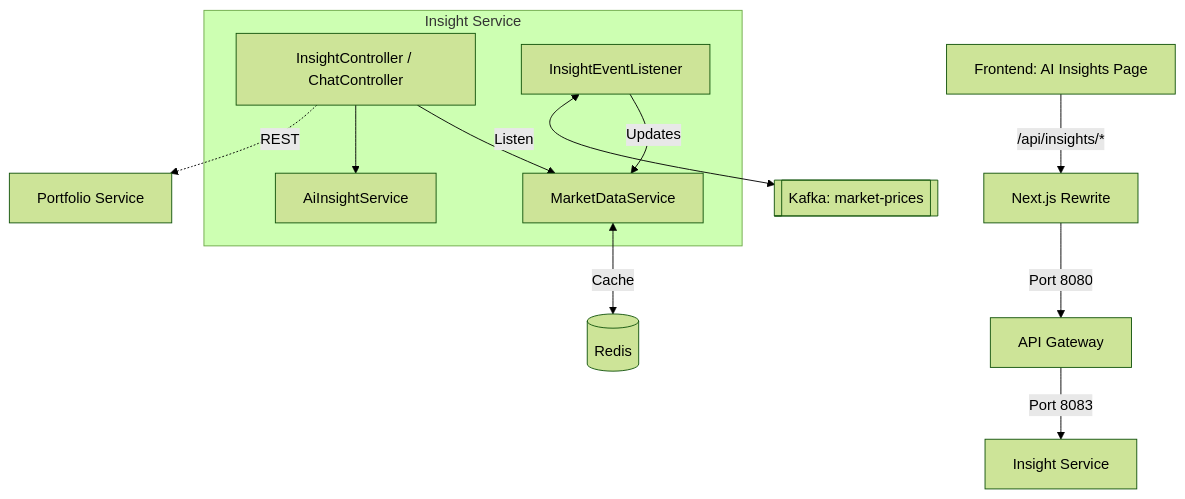
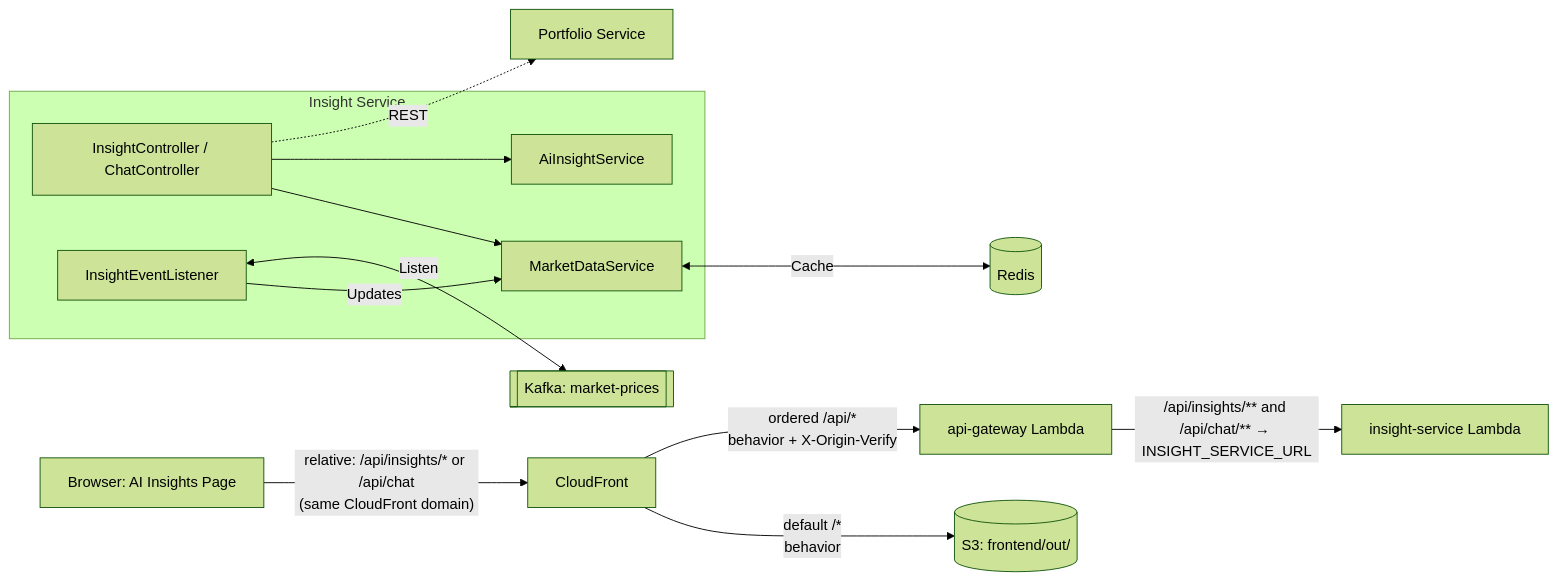
One commit to vibhanshu-agarwal/wealthmgmtandportfoliotracker changed the second of 2 diagrams in docs/e2e-flows/insight-service-e2e.md. Above: the diagram before and after it, drawn with Mermaid (forest theme). The commit also changed other lines of this file, not shown here.

First line of the commit message:
docs: update insight-service E2E flow with clarified API routing and CloudFront behavior

````diff
--- a/docs/e2e-flows/insight-service-e2e.md
+++ b/docs/e2e-flows/insight-service-e2e.md
@@ -39,21 +65,22 @@
 ```mermaid
-graph TD
-    A[Frontend: AI Insights Page] -->|/api/insights/*| B[Next.js Rewrite]
-    B -->|Port 8080| C[API Gateway]
-    C -->|Port 8083| D[Insight Service]
-    
+graph LR
+    A[Browser: AI Insights Page] -->|"relative: /api/insights/* or /api/chat\n(same CloudFront domain)"| B[CloudFront]
+    B -->|"default /*\nbehavior"| S[(S3: frontend/out/)]
+    B -->|"ordered /api/*\nbehavior + X-Origin-Verify"| C[api-gateway Lambda]
+    C -->|/api/insights/** and /api/chat/** → INSIGHT_SERVICE_URL| D[insight-service Lambda]
+
     subgraph "Insight Service"
         D1[InsightController / ChatController]
         D2[MarketDataService]
         D3[AiInsightService]
         D4[InsightEventListener]
-        
+
         D1 --> D2
         D1 --> D3
         D4 -->|Updates| D2
     end
-    
+
     D2 <-->|Cache| E[(Redis)]
     D4 <-->|Listen| F[[Kafka: market-prices]]
     D1 -.->|REST| G[Portfolio Service]
 ```
````
